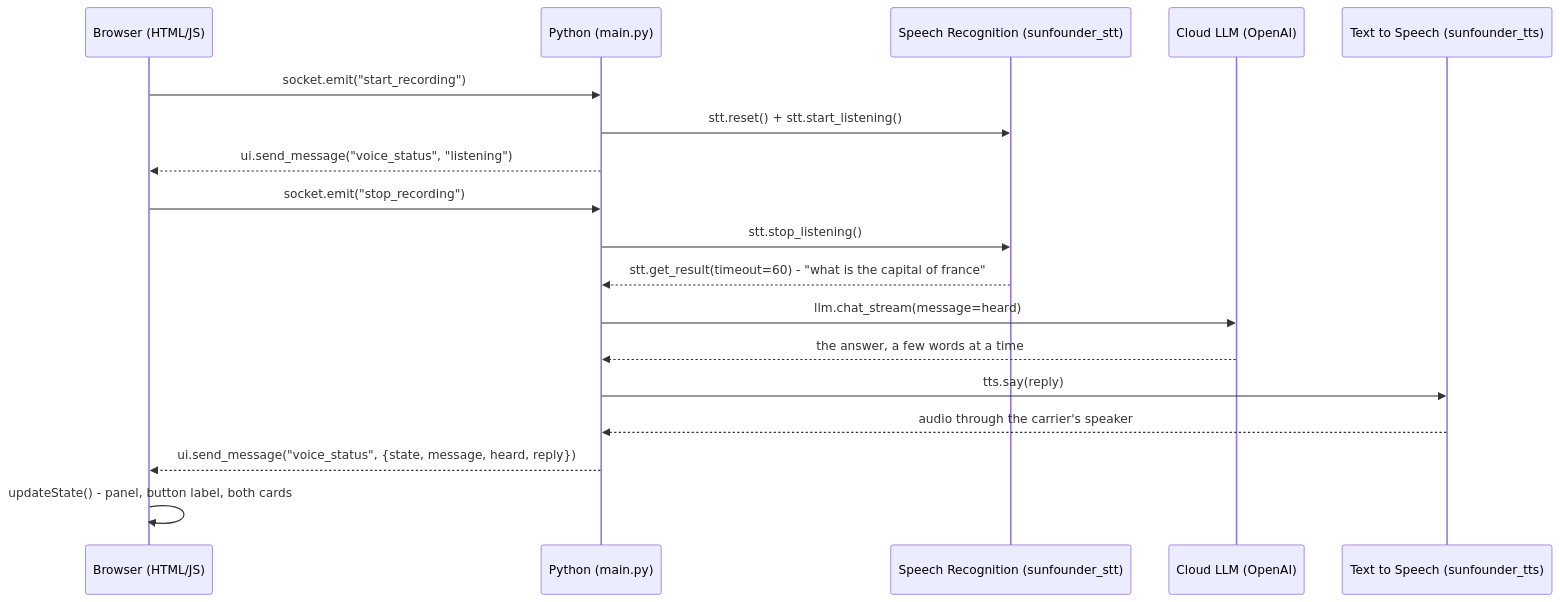
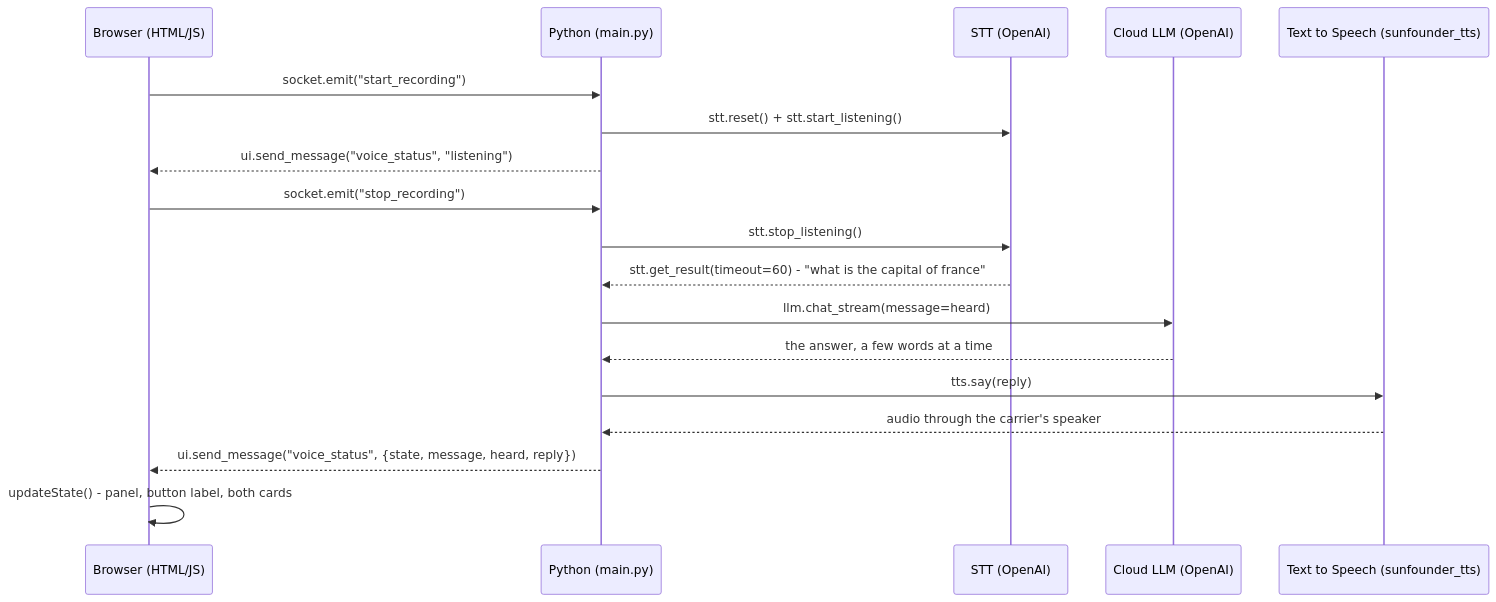
One commit to sunfounder/unoq-ai-kit changed the diagram in docs/source/llm/04_ai_voice_assistant.rst. Above: the diagram before and after it, drawn with Mermaid. The commit also changed other lines of this file and 7 other files, not shown here.

```diff
--- a/docs/source/llm/04_ai_voice_assistant.rst
+++ b/docs/source/llm/04_ai_voice_assistant.rst
@@ -118,21 +118,21 @@
 .. mermaid::
 
    sequenceDiagram
        participant B as Browser (HTML/JS)
        participant P as Python (main.py)
-       participant S as Speech Recognition (sunfounder_stt)
+       participant S as STT (OpenAI)
        participant L as Cloud LLM (OpenAI)
        participant V as Text to Speech (sunfounder_tts)
 
        B->>P: socket.emit("start_recording")
        P->>S: stt.reset() + stt.start_listening()
        P-->>B: ui.send_message("voice_status", "listening")
        B->>P: socket.emit("stop_recording")
        P->>S: stt.stop_listening()
        S-->>P: stt.get_result(timeout=60) - "what is the capital of france"
        P->>L: llm.chat_stream(message=heard)
        L-->>P: the answer, a few words at a time
        P->>V: tts.say(reply)
        V-->>P: audio through the carrier's speaker
        P-->>B: ui.send_message("voice_status", {state, message, heard, reply})
        B->>B: updateState() - panel, button label, both cards
```
